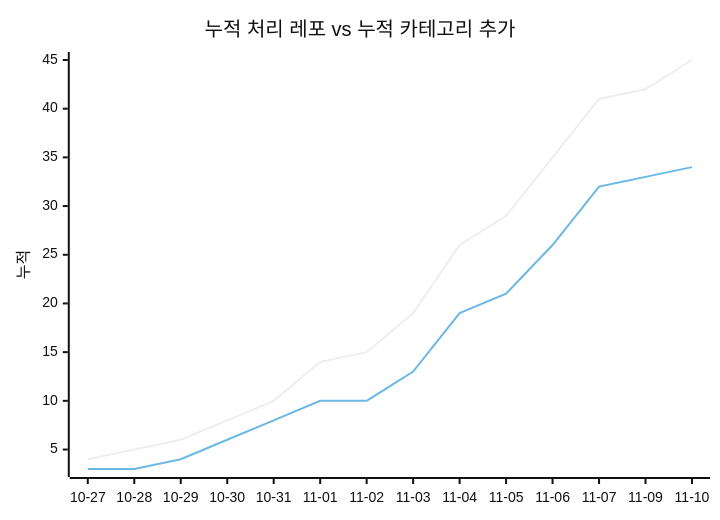
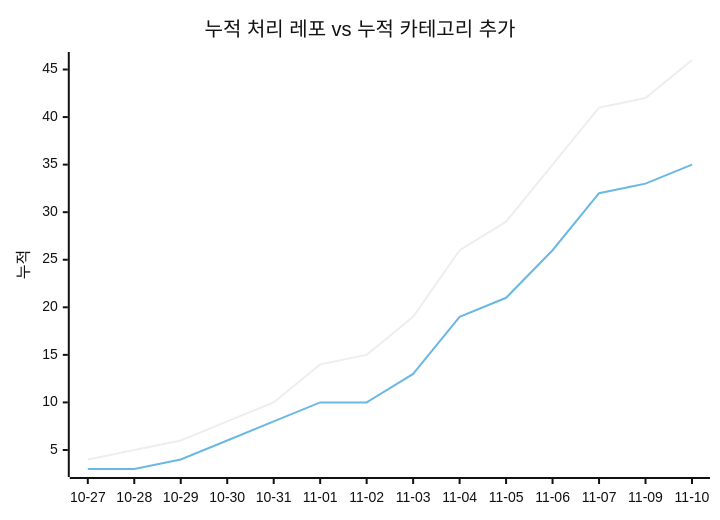
One commit to J-nowcow/awesome-korean-agent-skills changed the second of 2 diagrams in docs/trends.md. Above: the diagram before and after it, drawn with Mermaid (neutral theme). The commit also changed other lines of this file and 4 other files, not shown here.

````diff
--- a/docs/trends.md
+++ b/docs/trends.md
@@ -68,8 +68,8 @@
 ```mermaid
 xychart-beta
     title "누적 처리 레포 vs 누적 카테고리 추가"
     x-axis ["10-27","10-28","10-29","10-30","10-31","11-01","11-02","11-03","11-04","11-05","11-06","11-07","11-09","11-10"]
     y-axis "누적"
-    line [4,5,6,8,10,14,15,19,26,29,35,41,42,45]
-    line [3,3,4,6,8,10,10,13,19,21,26,32,33,34]
+    line [4,5,6,8,10,14,15,19,26,29,35,41,42,46]
+    line [3,3,4,6,8,10,10,13,19,21,26,32,33,35]
 ```
````
